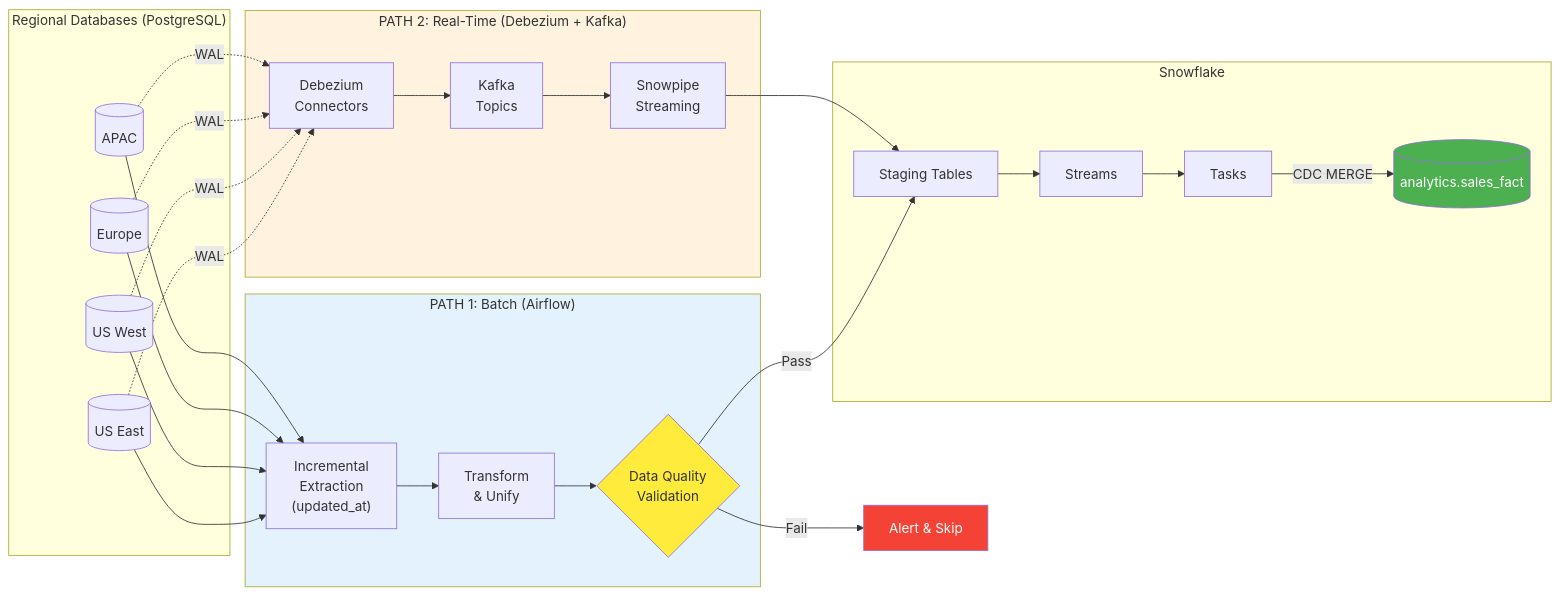
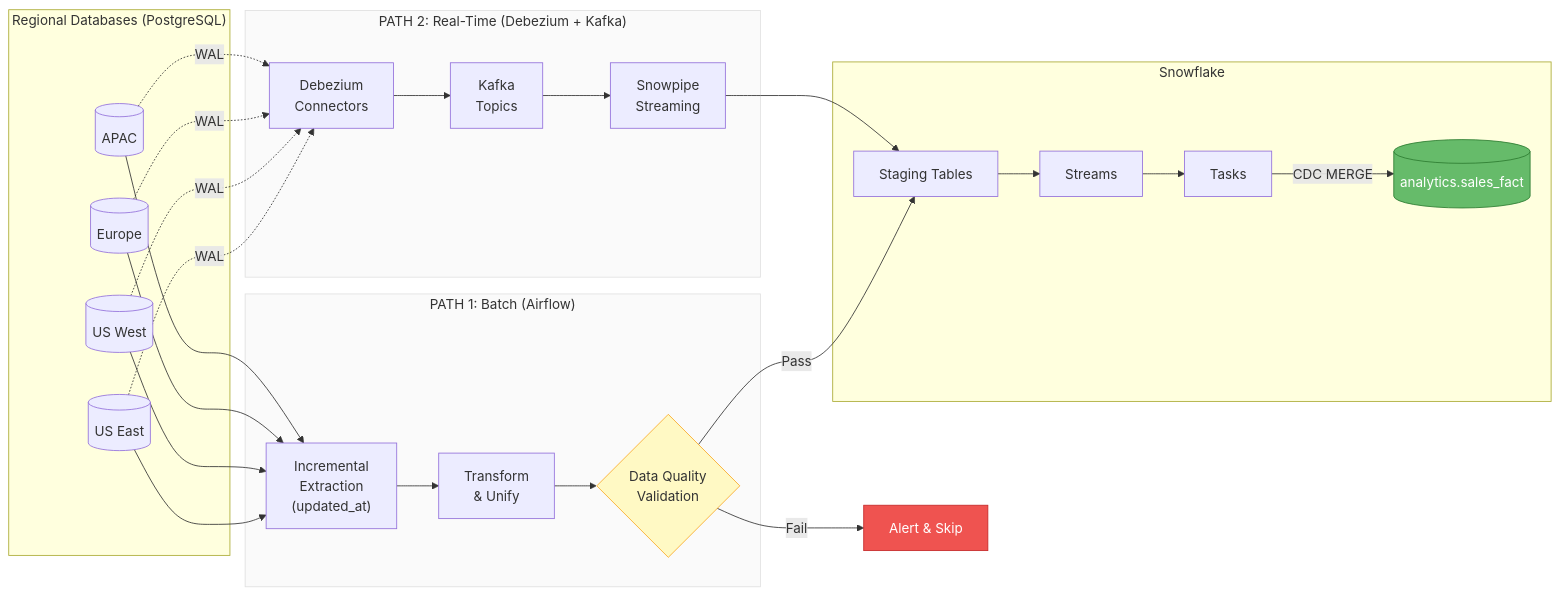
One commit to greenwichg/airflow_etl_pipeline changed the first of 7 diagrams in README.md. Above: the diagram before and after it, drawn with Mermaid. The commit also changed other lines of this file, not shown here.

First line of the commit message:
fix: tone down Mermaid diagram background colors for readability

````diff
--- a/README.md
+++ b/README.md
@@ -43,42 +43,42 @@
 ```mermaid
 graph LR
     subgraph Sources["Regional Databases (PostgreSQL)"]
         PG1[(US East)]
         PG2[(US West)]
         PG3[(Europe)]
         PG4[(APAC)]
     end
 
     subgraph BatchPath["PATH 1: Batch (Airflow)"]
         EXT["Incremental<br/>Extraction<br/>(updated_at)"]
         TRN["Transform<br/>& Unify"]
         VAL{"Data Quality<br/>Validation"}
     end
 
     subgraph CDCPath["PATH 2: Real-Time (Debezium + Kafka)"]
         DBZ["Debezium<br/>Connectors"]
         KFK["Kafka<br/>Topics"]
         SNP["Snowpipe<br/>Streaming"]
     end
 
     subgraph Warehouse["Snowflake"]
         SF_STG[Staging Tables]
         STREAM["Streams"]
         TASK["Tasks"]
         SF_FINAL[(analytics.sales_fact)]
     end
 
     PG1 & PG2 & PG3 & PG4 --> EXT
     PG1 & PG2 & PG3 & PG4 -.->|WAL| DBZ
 
     EXT --> TRN --> VAL -->|Pass| SF_STG
     DBZ --> KFK --> SNP --> SF_STG
     SF_STG --> STREAM --> TASK -->|CDC MERGE| SF_FINAL
     VAL -->|Fail| ALERT[Alert & Skip]
 
-    style VAL fill:#ffeb3b
-    style ALERT fill:#f44336,color:#fff
-    style SF_FINAL fill:#4caf50,color:#fff
-    style CDCPath fill:#fff3e0
-    style BatchPath fill:#e3f2fd
+    style VAL fill:#fff9c4,stroke:#f9a825
+    style ALERT fill:#ef5350,color:#fff,stroke:#c62828
+    style SF_FINAL fill:#66bb6a,color:#fff,stroke:#2e7d32
+    style CDCPath fill:#fafafa,stroke:#e0e0e0
+    style BatchPath fill:#fafafa,stroke:#e0e0e0
 ```
````
